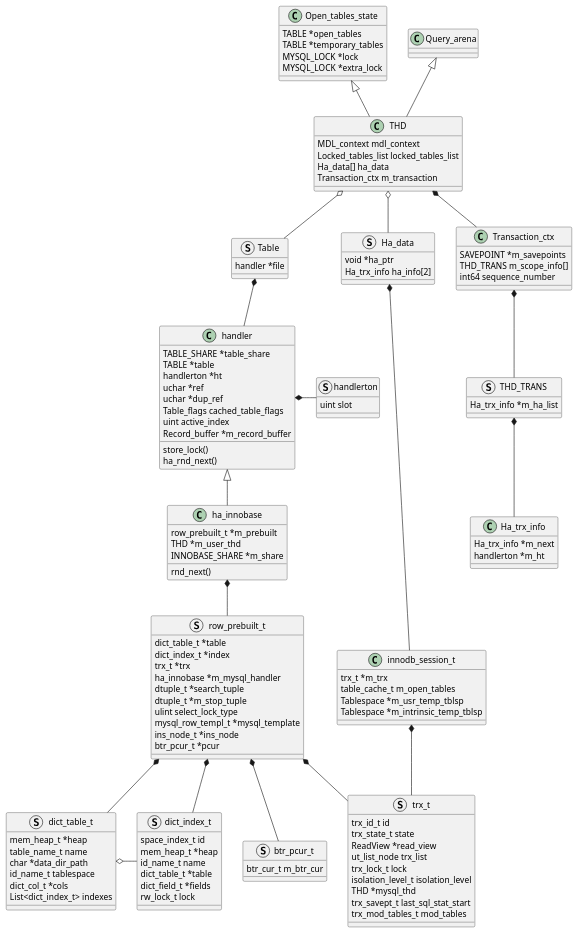
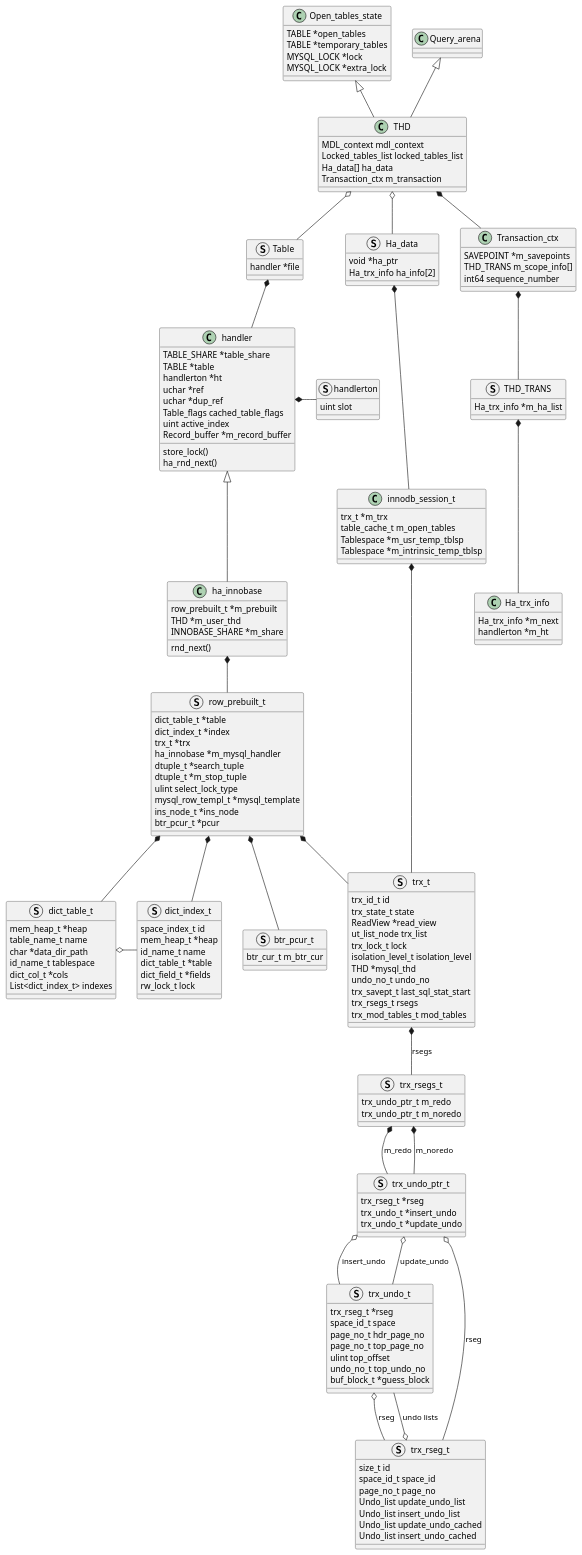
Before and after one commit to kevinwang930/kevinwang930.github.io: the second of 3 diagrams in content/post/data/db/mysql/innodb/index.md, drawn with PlantUML. The commit also changed other lines of this file and 6 other files, not shown here.

````diff
--- a/content/post/data/db/mysql/innodb/index.md
+++ b/content/post/data/db/mysql/innodb/index.md
@@ -291,11 +300,42 @@
   trx_lock_t lock
   isolation_level_t isolation_level
   THD *mysql_thd
+  undo_no_t undo_no
   trx_savept_t last_sql_stat_start
+  trx_rsegs_t rsegs
   trx_mod_tables_t mod_tables
 }
 
+struct trx_rsegs_t {
+  trx_undo_ptr_t m_redo
+  trx_undo_ptr_t m_noredo
+}
 
+struct trx_undo_ptr_t {
+  trx_rseg_t *rseg
+  trx_undo_t *insert_undo
+  trx_undo_t *update_undo
+}
+
+struct trx_undo_t {
+  trx_rseg_t *rseg
+  space_id_t space
+  page_no_t hdr_page_no
+  page_no_t top_page_no
+  ulint top_offset
+  undo_no_t top_undo_no
+  buf_block_t *guess_block
+}
+
+struct trx_rseg_t {
+  size_t id
+  space_id_t space_id
+  page_no_t page_no
+  Undo_list update_undo_list
+  Undo_list insert_undo_list
+  Undo_list update_undo_cached
+  Undo_list insert_undo_cached
+}
 
 class Transaction_ctx {
   SAVEPOINT *m_savepoints
@@ -348,5 +388,13 @@
 dict_table_t o- dict_index_t
 Transaction_ctx *-- THD_TRANS
 THD_TRANS *-- Ha_trx_info
+trx_t *-- trx_rsegs_t : rsegs
+trx_rsegs_t *-- trx_undo_ptr_t : m_redo
+trx_rsegs_t *-- trx_undo_ptr_t : m_noredo
+trx_undo_ptr_t o-- trx_rseg_t : rseg
+trx_undo_ptr_t o-- trx_undo_t : insert_undo
+trx_undo_ptr_t o-- trx_undo_t : update_undo
+trx_undo_t o-- trx_rseg_t : rseg
+trx_rseg_t o-- trx_undo_t : undo lists
 
 ```
````
